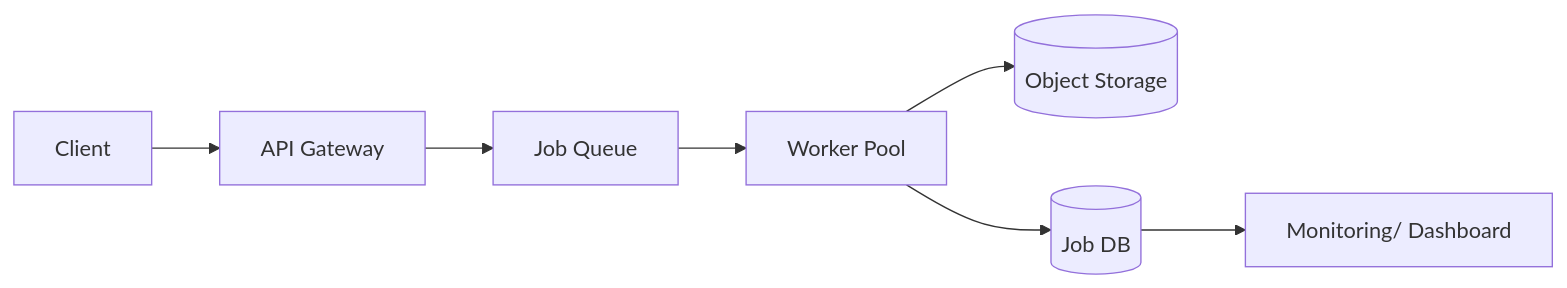
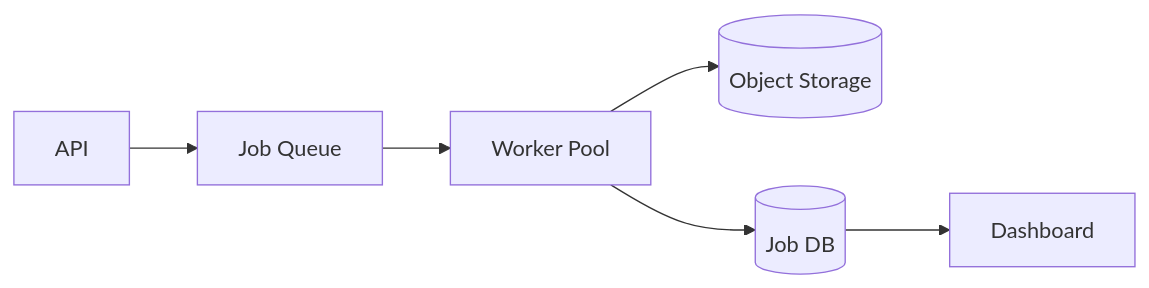
The diagram in site/content/designs/background-job-queue.md (huangsam/systology), drawn with Mermaid before and after one commit. The commit also changed other lines of this file and 20 other files, not shown here.

```diff
--- a/site/content/designs/background-job-queue.md
+++ b/site/content/designs/background-job-queue.md
@@ -22,9 +22,8 @@
 {{< mermaid >}}
 graph LR
-  Client[Client] --> API[API Gateway]
   API --> Queue[Job Queue]
   Queue --> Worker[Worker Pool]
   Worker --> Storage[(Object Storage)]
   Worker --> DB[(Job DB)]
-  DB --> Dashboard[Monitoring/ Dashboard]
+  DB --> Dashboard
 {{< /mermaid >}}
```
